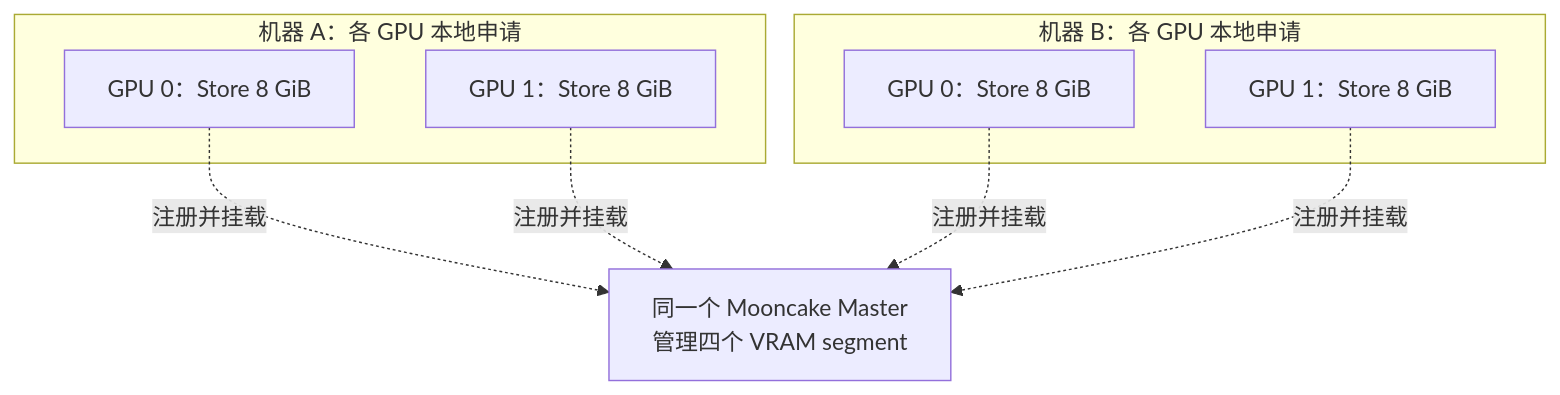
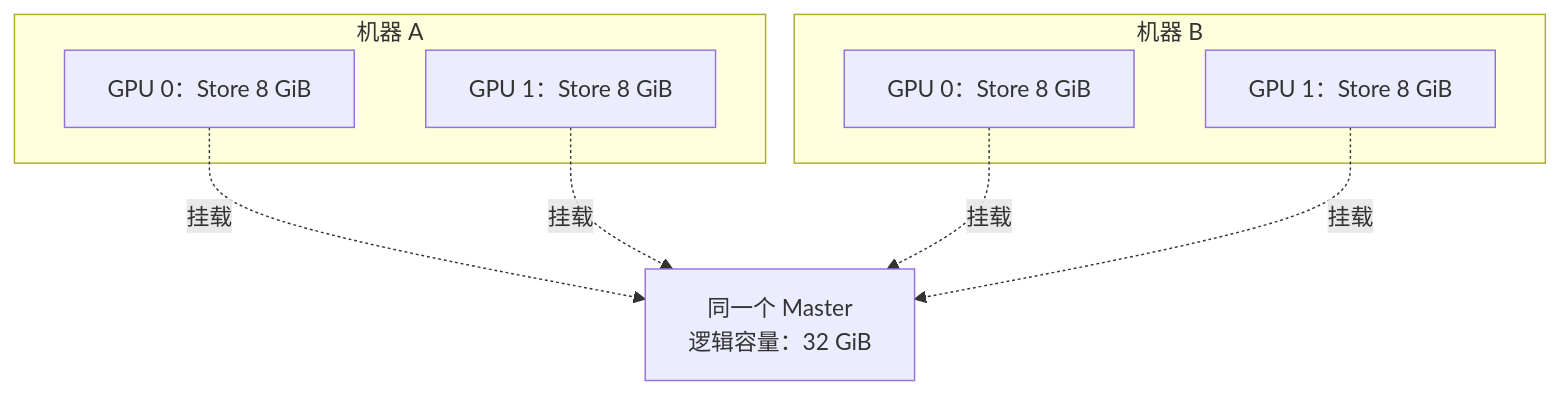
One commit to Jasen2201/ATOM changed the tenth of 21 diagrams in docs/atom_shared_kv_research_20260922.md. Above: the diagram before and after it, drawn with Mermaid. The commit also changed other lines of this file, not shown here.

````diff
--- a/docs/atom_shared_kv_research_20260922.md
+++ b/docs/atom_shared_kv_research_20260922.md
@@ -156,16 +269,16 @@
 ```mermaid
 flowchart TB
-    GM["同一个 Mooncake Master<br/>管理四个 VRAM segment"]
-    subgraph GA["机器 A：各 GPU 本地申请"]
-        GA0["GPU 0：Store 8 GiB"]
-        GA1["GPU 1：Store 8 GiB"]
+    M["同一个 Master<br/>逻辑容量：32 GiB"]
+    subgraph A["机器 A"]
+        A0["GPU 0：Store 8 GiB"]
+        A1["GPU 1：Store 8 GiB"]
     end
-    subgraph GB["机器 B：各 GPU 本地申请"]
-        GB0["GPU 0：Store 8 GiB"]
-        GB1["GPU 1：Store 8 GiB"]
+    subgraph B["机器 B"]
+        B0["GPU 0：Store 8 GiB"]
+        B1["GPU 1：Store 8 GiB"]
     end
-    GA0 -.->|"注册并挂载"| GM
-    GA1 -.->|"注册并挂载"| GM
-    GB0 -.->|"注册并挂载"| GM
-    GB1 -.->|"注册并挂载"| GM
+    A0 -.->|"挂载"| M
+    A1 -.->|"挂载"| M
+    B0 -.->|"挂载"| M
+    B1 -.->|"挂载"| M
 ```
````
